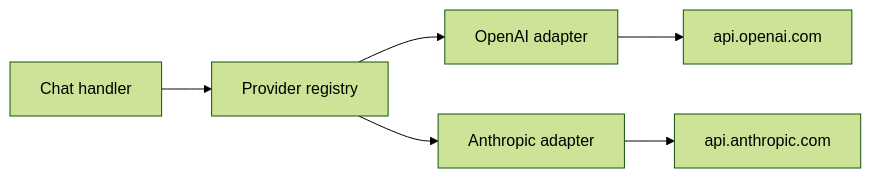
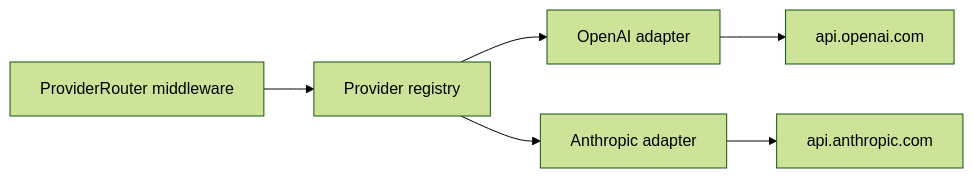
Before and after one commit to Rick1330/ibex-harness: the diagram in web/content/docs/proxy/provider-adapters.mdx, drawn with Mermaid (forest theme). The commit also changed other lines of this file and 15 other files, not shown here.

First line of the commit message:
feat(proxy): provider routing middleware — selects provider by model (m2.1.4) (#345)

````diff
--- a/web/content/docs/proxy/provider-adapters.mdx
+++ b/web/content/docs/proxy/provider-adapters.mdx
@@ -27,8 +27,8 @@
 ```mermaid
 flowchart LR
-  H[Chat handler] --> R[Provider registry]
+  M[ProviderRouter middleware] --> R[Provider registry]
   R --> O[OpenAI adapter]
   R --> A[Anthropic adapter]
   O --> UP1[api.openai.com]
   A --> UP2[api.anthropic.com]
 ```
````
